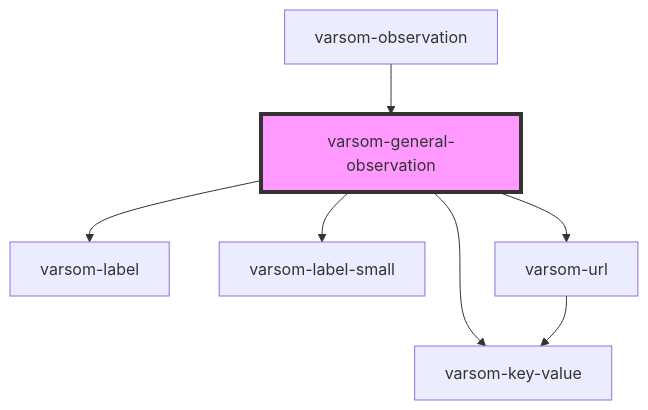
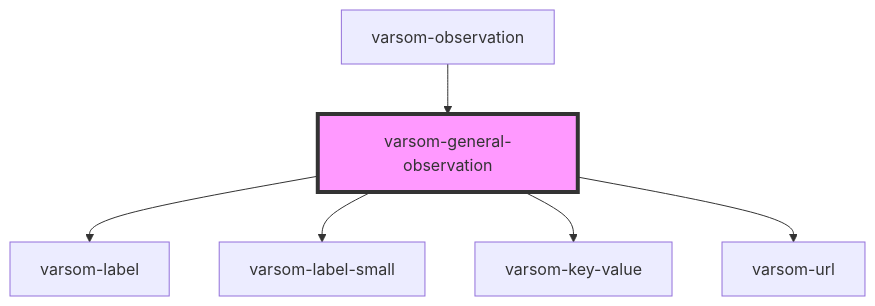
The diagram in observasjonskort/src/components/varsom-general-observation/readme.md (NVE/varsom-observation), drawn with Mermaid before and after one commit. The commit also changed other lines of this file and 34 other files, not shown here.

````diff
--- a/observasjonskort/src/components/varsom-general-observation/readme.md
+++ b/observasjonskort/src/components/varsom-general-observation/readme.md
@@ -35,10 +36,9 @@
 ```mermaid
 graph TD;
   varsom-general-observation --> varsom-label
   varsom-general-observation --> varsom-label-small
   varsom-general-observation --> varsom-key-value
   varsom-general-observation --> varsom-url
-  varsom-url --> varsom-key-value
   varsom-observation --> varsom-general-observation
   style varsom-general-observation fill:#f9f,stroke:#333,stroke-width:4px
 ```
````
